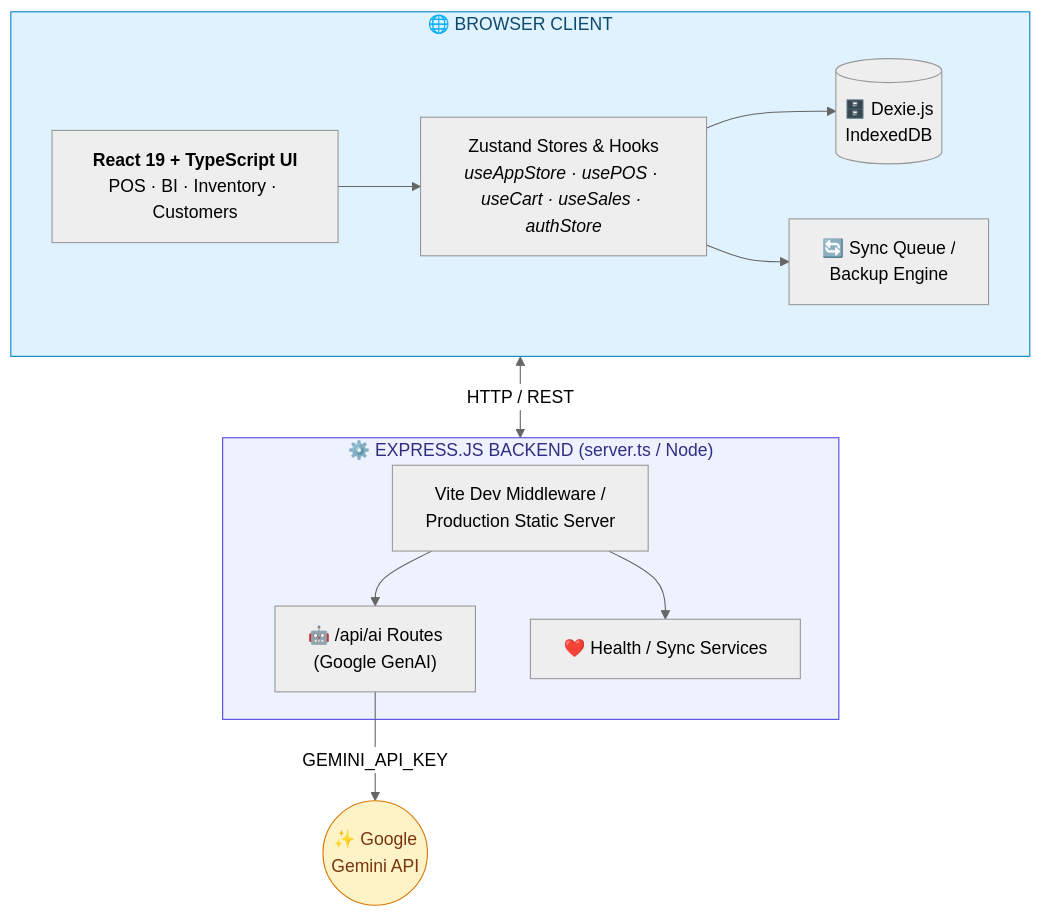
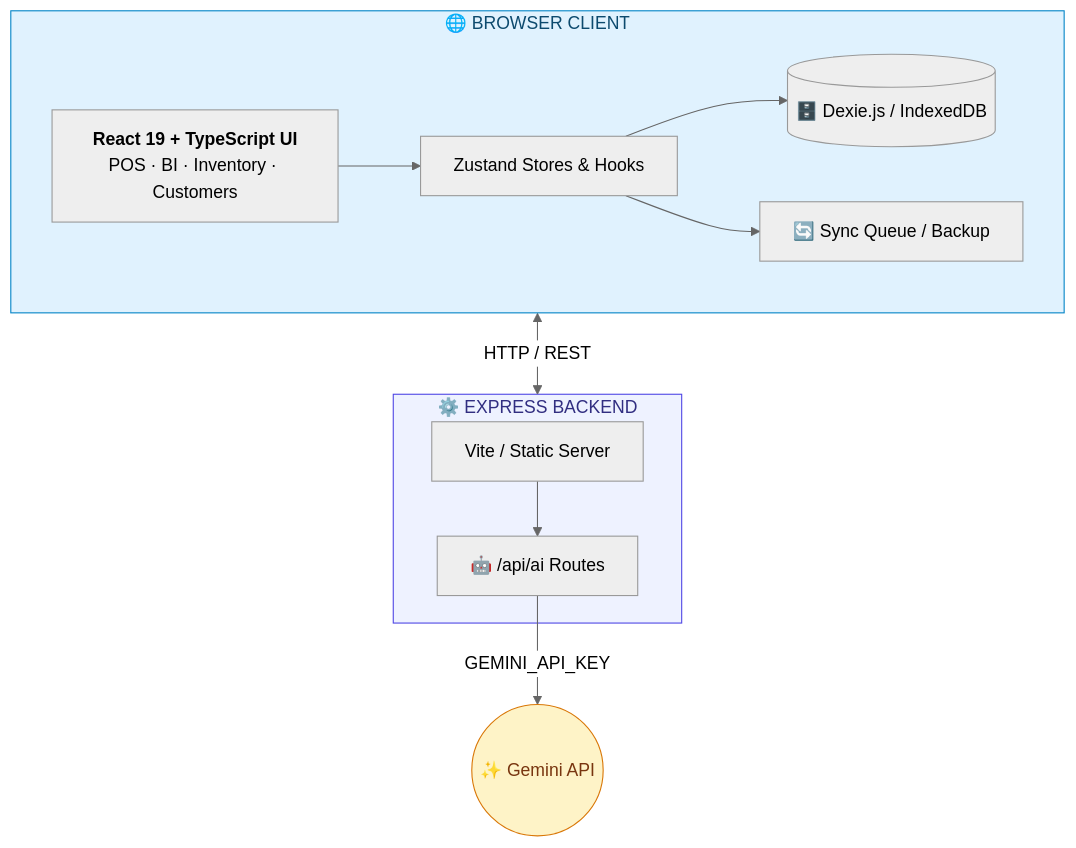
One commit to dagaiakhtar-ship-it/FInal-project-1-Shop-management-system changed the second of 4 diagrams in README.md. Above: the diagram before and after it, drawn with Mermaid (neutral theme). The commit also changed other lines of this file, not shown here.

````diff
--- a/README.md
+++ b/README.md
@@ -273,30 +244,23 @@
 ```mermaid
 flowchart TB
     subgraph Client["🌐 BROWSER CLIENT"]
         UI["<b>React 19 + TypeScript UI</b><br/>POS · BI · Inventory · Customers"]
-        State["Zustand Stores & Hooks<br/><i>useAppStore · usePOS · useCart · useSales · authStore</i>"]
-        DB[("🗄️ Dexie.js<br/>IndexedDB")]
-        Sync["🔄 Sync Queue /<br/>Backup Engine"]
-        UI --> State
-        State --> DB
+        State["Zustand Stores & Hooks"]
+        DB[("🗄️ Dexie.js / IndexedDB")]
+        Sync["🔄 Sync Queue / Backup"]
+        UI --> State --> DB
         State --> Sync
     end
+    subgraph Server["⚙️ EXPRESS BACKEND"]
+        Vite["Vite / Static Server"]
+        AI["🤖 /api/ai Routes"]
+        Vite --> AI
+    end
+    Client <-->|HTTP / REST| Server
+    AI -->|GEMINI_API_KEY| Gemini(("✨ Gemini API"))
 
-    subgraph Server["⚙️ EXPRESS.JS BACKEND  (server.ts / Node)"]
-        Vite["Vite Dev Middleware /<br/>Production Static Server"]
-        AI["🤖 /api/ai Routes<br/>(Google GenAI)"]
-        Health["❤️ Health / Sync Services"]
-        Vite --> AI
-        Vite --> Health
-    end
-
-    Client <-->|HTTP / REST| Server
-    AI -->|GEMINI_API_KEY| Gemini(("✨ Google<br/>Gemini API"))
-
-    classDef client fill:#E0F2FE,stroke:#0284C7,color:#0C4A6E;
-    classDef server fill:#EEF2FF,stroke:#4F46E5,color:#312E81;
-    classDef ai     fill:#FEF3C7,stroke:#D97706,color:#78350F;
-    class Client client;
-    class Server server;
-    class Gemini ai;
+    classDef c fill:#E0F2FE,stroke:#0284C7,color:#0C4A6E;
+    classDef s fill:#EEF2FF,stroke:#4F46E5,color:#312E81;
+    classDef a fill:#FEF3C7,stroke:#D97706,color:#78350F;
+    class Client c; class Server s; class Gemini a;
 ```
````
